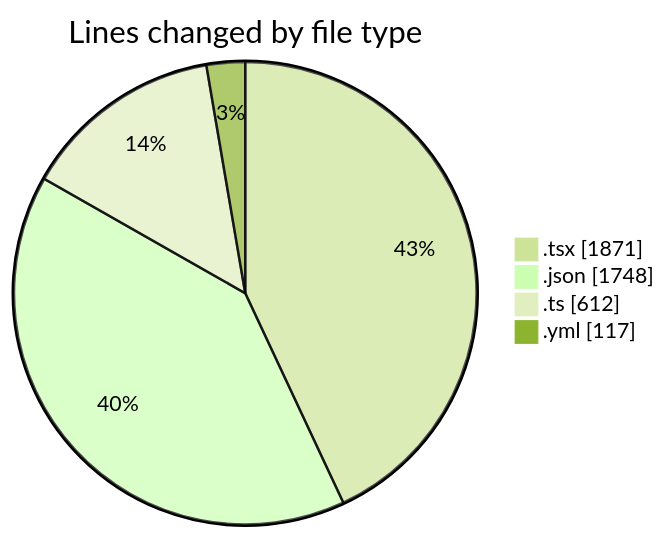
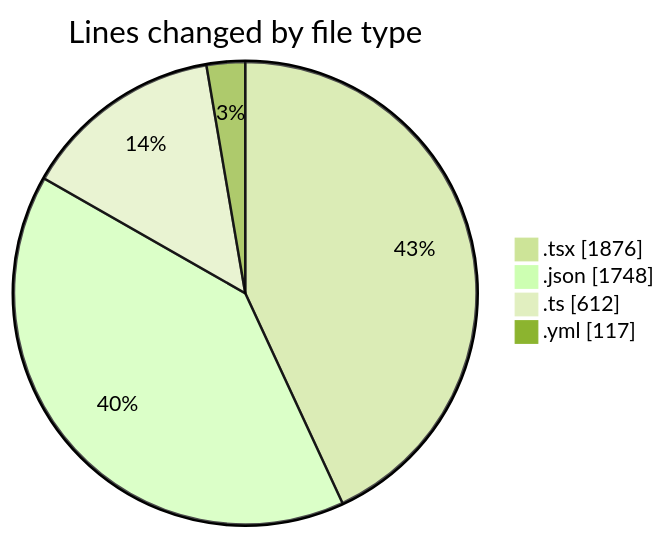
Before and after one commit to julien-gomy/code-tracking: the first of 2 diagrams in 2025-10-30/eventscop-frontend-guide__workspace_/README.md, drawn with Mermaid (forest theme). The commit also changed other lines of this file and 1 other file, not shown here.

````diff
--- a/2025-10-30/eventscop-frontend-guide__workspace_/README.md
+++ b/2025-10-30/eventscop-frontend-guide__workspace_/README.md
@@ -40,8 +40,8 @@
 ```mermaid
 pie showData
 title Lines changed by file type
-".tsx" : 1871
+".tsx" : 1876
 ".json" : 1748
 ".ts" : 612
 ".yml" : 117
 ```
````
